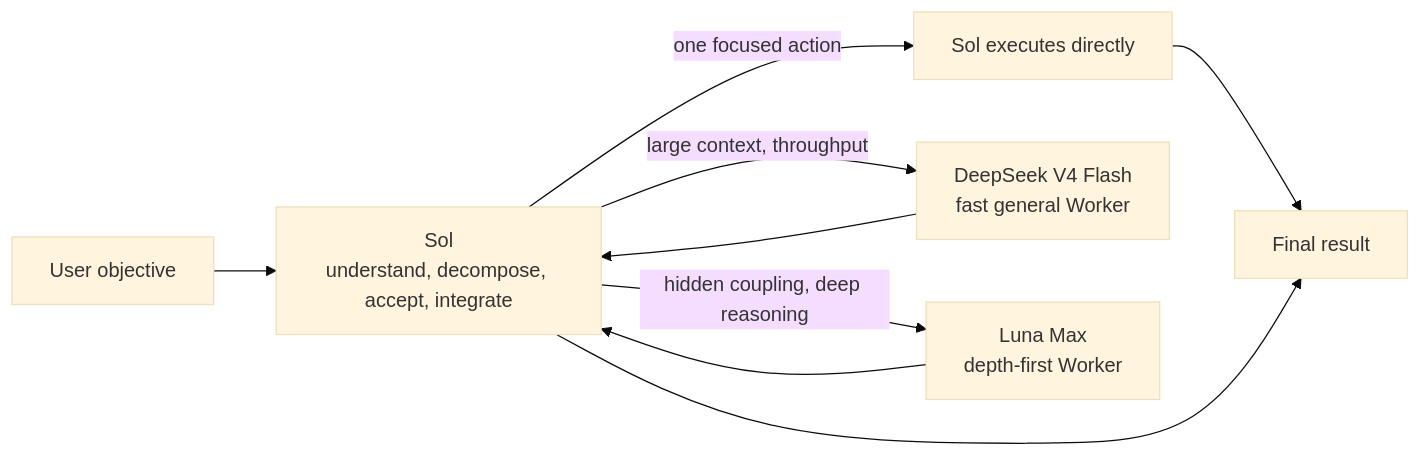
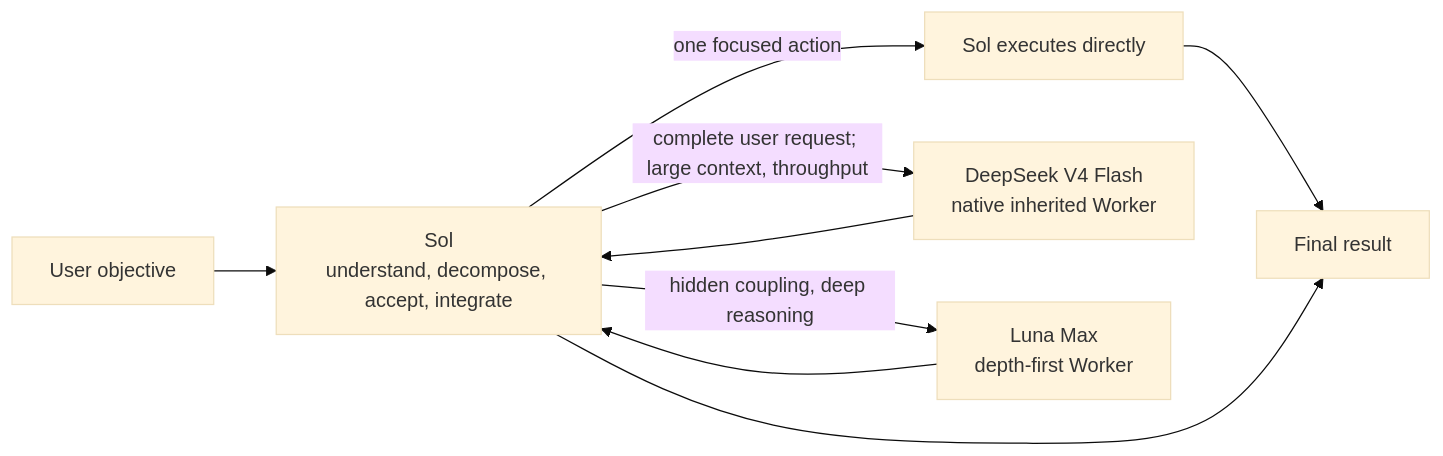
The diagram in README.en.md (liuyejinghong/sol-worker-routing-codex), drawn with Mermaid (base theme) before and after one commit. The commit also changed other lines of this file and 12 other files, not shown here.

Commit message:
Keep DeepSeek routing inside native subagents

````diff
--- a/README.en.md
+++ b/README.en.md
@@ -49,11 +49,11 @@
 ```mermaid
 flowchart LR
     U["User objective"] --> S["Sol<br/>understand, decompose, accept, integrate"]
     S -->|"one focused action"| D["Sol executes directly"]
-    S -->|"large context, throughput"| DS["DeepSeek V4 Flash<br/>fast general Worker"]
+    S -->|"complete user request; large context, throughput"| DS["DeepSeek V4 Flash<br/>native inherited Worker"]
     S -->|"hidden coupling, deep reasoning"| L["Luna Max<br/>depth-first Worker"]
     D --> O["Final result"]
     DS --> S
     L --> S
     S --> O
 ```
````
